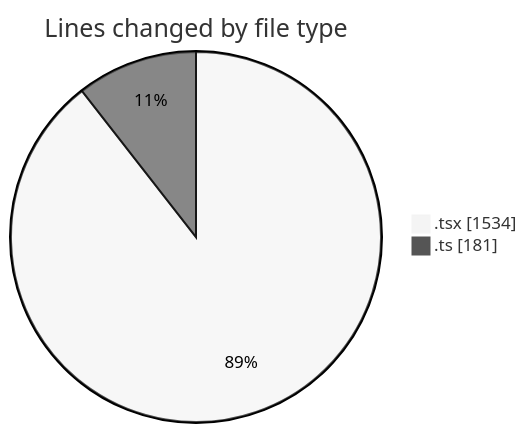
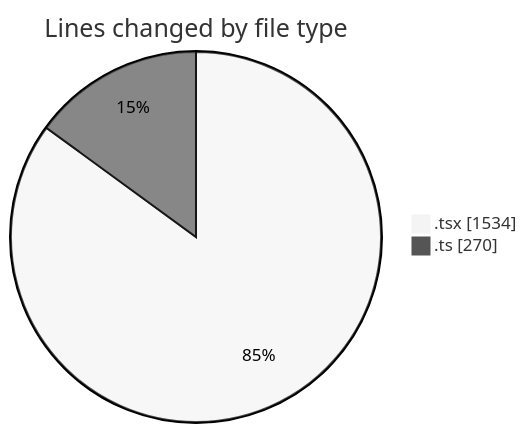
The first of 2 diagrams in 2025-02-18/mbc-web/README.md (robertbonfada/code-tracking), drawn with Mermaid (neutral theme) before and after one commit. The commit also changed other lines of this file and 1 other file, not shown here.

````diff
--- a/2025-02-18/mbc-web/README.md
+++ b/2025-02-18/mbc-web/README.md
@@ -25,6 +28,6 @@
 ```mermaid
 pie showData
 title Lines changed by file type
 ".tsx" : 1534
-".ts" : 181
+".ts" : 270
 ```
````
